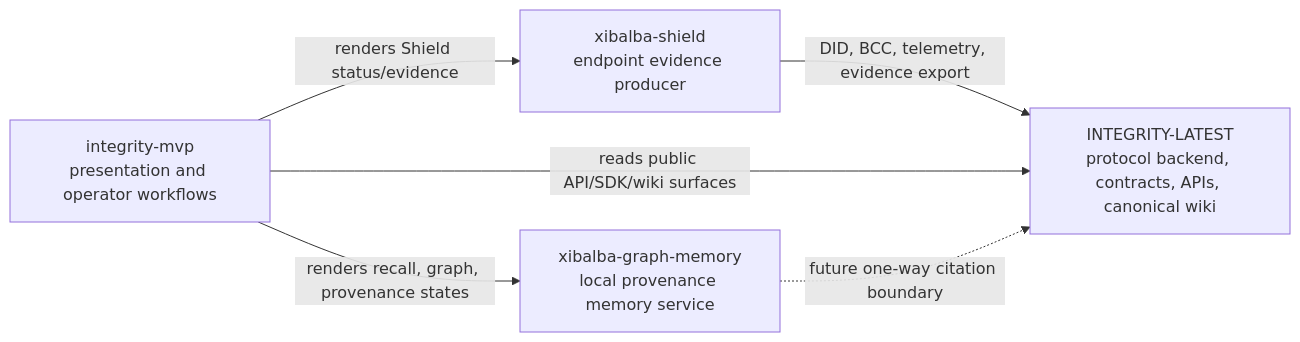
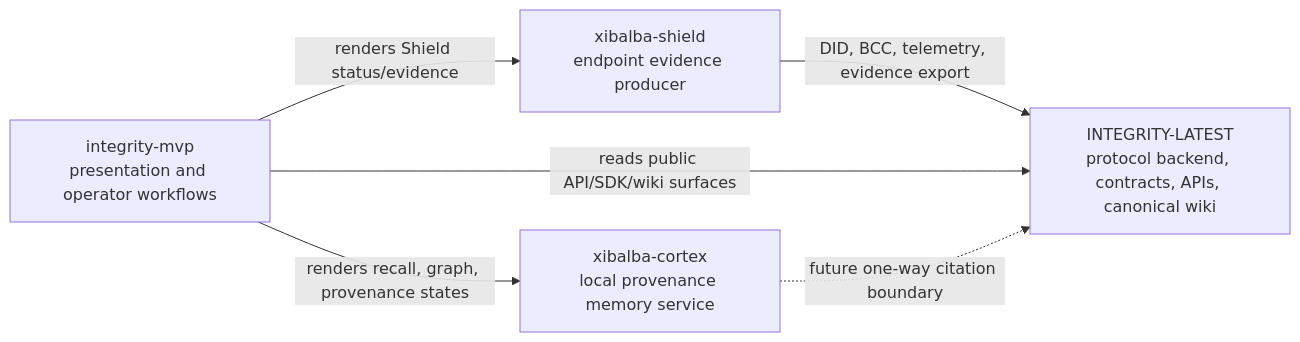
Before and after one commit to XibalbaTechSol/integrity-core: the diagram in docs/wiki/architecture/repository-implementation-plans.md, drawn with Mermaid. The commit also changed other lines of this file and 22 other files, not shown here.

First line of the commit message:
Update cross-repo references for xibalba-graph-memory -> xibalba-cortex rename

````diff
--- a/docs/wiki/architecture/repository-implementation-plans.md
+++ b/docs/wiki/architecture/repository-implementation-plans.md
@@ -43,13 +43,13 @@
 ```mermaid
 flowchart LR
     Latest["INTEGRITY-LATEST<br/>protocol backend, contracts, APIs, canonical wiki"]
     Shield["xibalba-shield<br/>endpoint evidence producer"]
-    Graph["xibalba-graph-memory<br/>local provenance memory service"]
+    Graph["xibalba-cortex<br/>local provenance memory service"]
     MVP["integrity-mvp<br/>presentation and operator workflows"]
 
     Shield -->|DID, BCC, telemetry, evidence export| Latest
     MVP -->|reads public API/SDK/wiki surfaces| Latest
     MVP -->|renders Shield status/evidence| Shield
     MVP -->|renders recall, graph, provenance states| Graph
     Graph -.->|future one-way citation boundary| Latest
 ```
````
